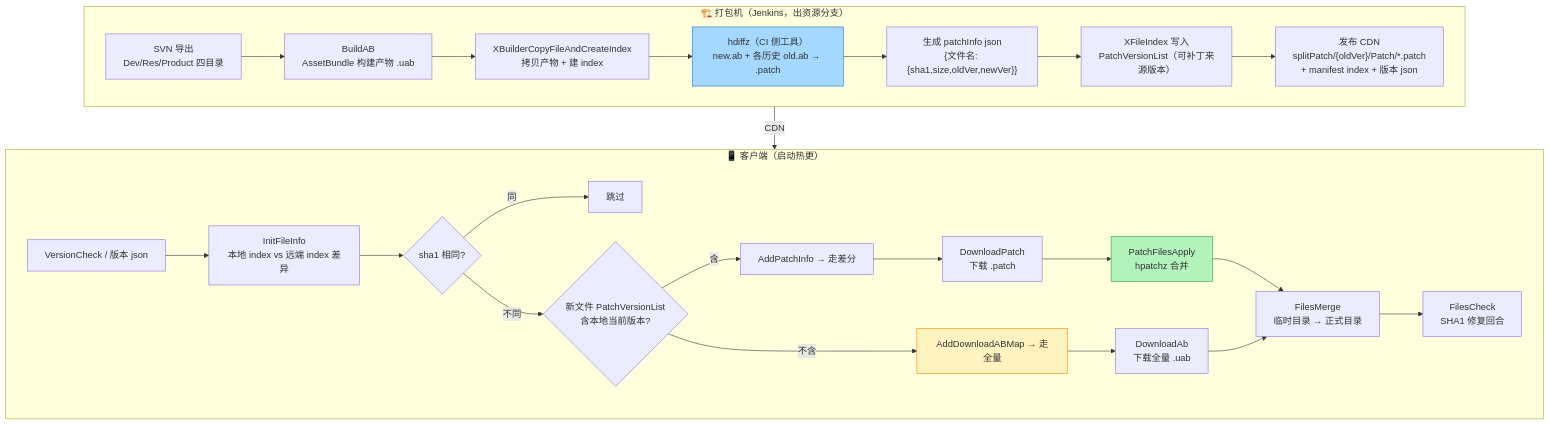
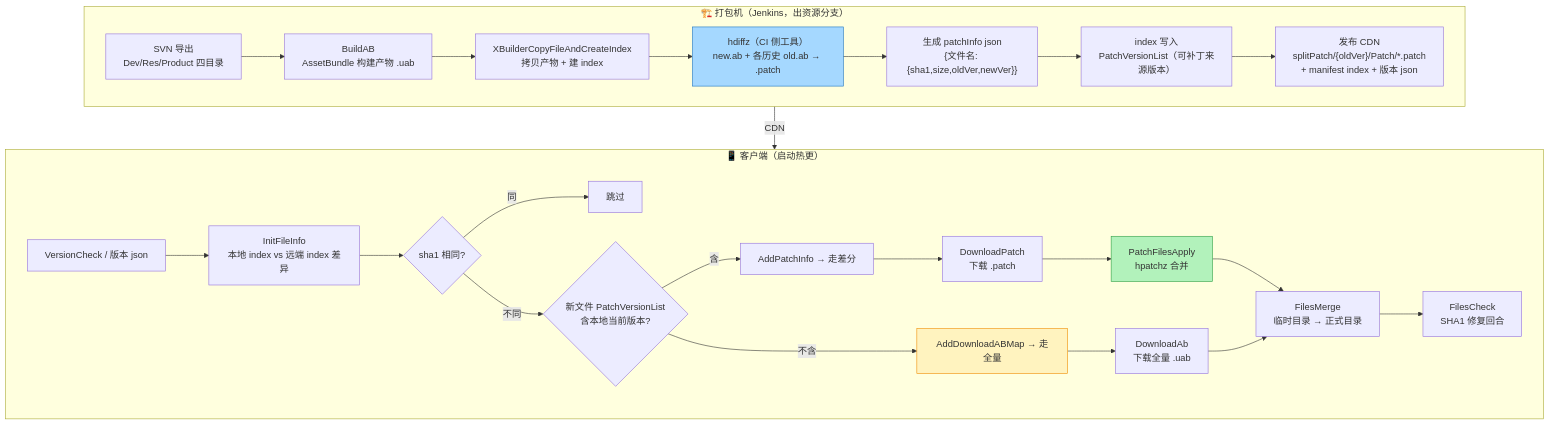
One commit to fankidark/tech-site changed the first of 2 diagrams in docs/hot-update/hdiff-pipeline.md. Above: the diagram before and after it, drawn with Mermaid. The commit also changed other lines of this file and 14 other files, not shown here.

First line of the commit message:
hot-update: 差分系列 10 篇图文改造 + 3 个新组件

````diff
--- a/docs/hot-update/hdiff-pipeline.md
+++ b/docs/hot-update/hdiff-pipeline.md
@@ -10,30 +37,30 @@
 ```mermaid
 flowchart TB
     subgraph ci["🏗️ 打包机（Jenkins，出资源分支）"]
         A1["SVN 导出<br/>Dev/Res/Product 四目录"] --> A2["BuildAB<br/>AssetBundle 构建产物 .uab"]
         A2 --> A3["XBuilderCopyFileAndCreateIndex<br/>拷贝产物 + 建 index"]
         A3 --> A4["hdiffz（CI 侧工具）<br/>new.ab + 各历史 old.ab → .patch"]
         A4 --> A5["生成 patchInfo json<br/>{文件名: {sha1,size,oldVer,newVer}}"]
-        A5 --> A6["XFileIndex 写入<br/>PatchVersionList（可补丁来源版本）"]
+        A5 --> A6["index 写入<br/>PatchVersionList（可补丁来源版本）"]
         A6 --> A7["发布 CDN<br/>splitPatch/{oldVer}/Patch/*.patch<br/>+ manifest index + 版本 json"]
     end
     subgraph client["📱 客户端（启动热更）"]
         B1["VersionCheck / 版本 json"] --> B2["InitFileInfo<br/>本地 index vs 远端 index 差异"]
         B2 --> B3{"sha1 相同?"}
         B3 -->|同| SKIP["跳过"]
         B3 -->|不同| B4{"新文件 PatchVersionList<br/>含本地当前版本?"}
         B4 -->|含| B5["AddPatchInfo → 走差分"]
         B4 -->|不含| B6["AddDownloadABMap → 走全量"]
         B5 --> B7["DownloadPatch<br/>下载 .patch"]
         B6 --> B8["DownloadAb<br/>下载全量 .uab"]
         B7 --> B9["PatchFilesApply<br/>hpatchz 合并"]
         B9 --> B10["FilesMerge<br/>临时目录 → 正式目录"]
         B8 --> B10
         B10 --> B11["FilesCheck<br/>SHA1 修复回合"]
     end
     ci -->|"CDN"| client
 
     style A4 fill:#a5d8ff,stroke:#1971c2
     style B9 fill:#b2f2bb,stroke:#2f9e44
     style B6 fill:#fff3bf,stroke:#f08c00
 ```
````
